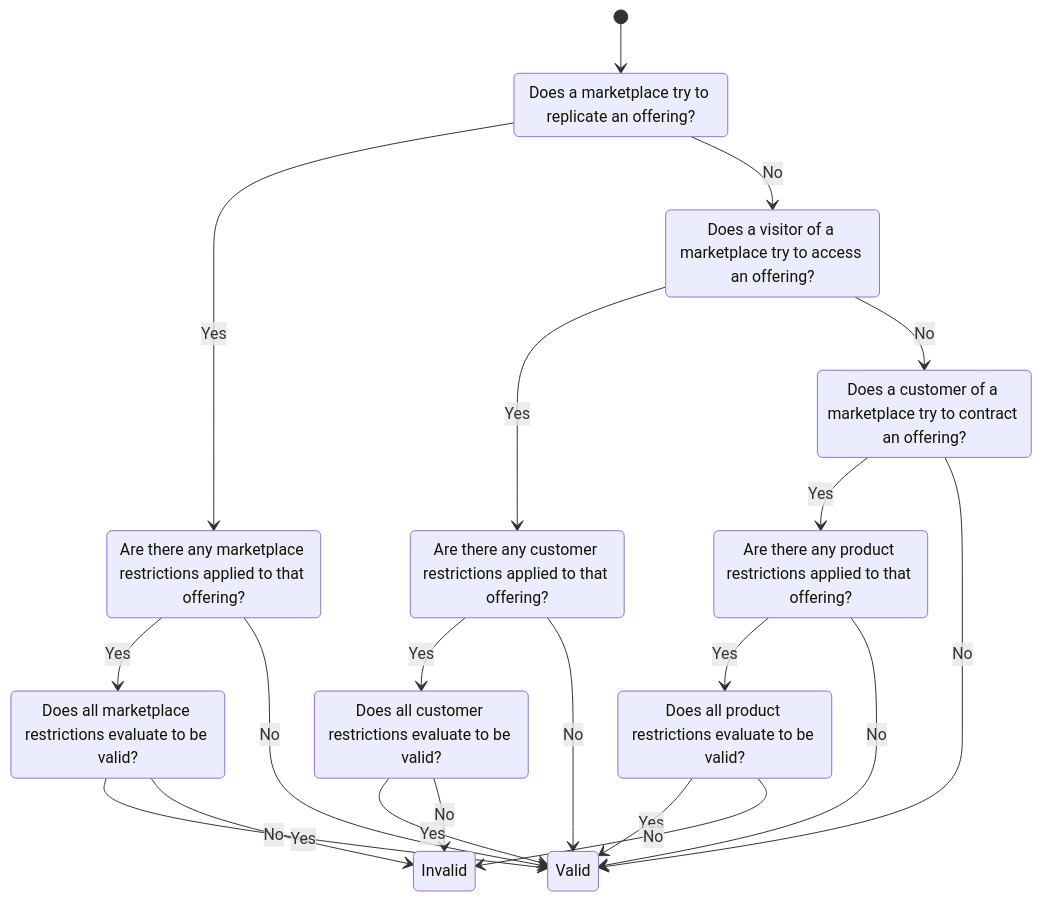
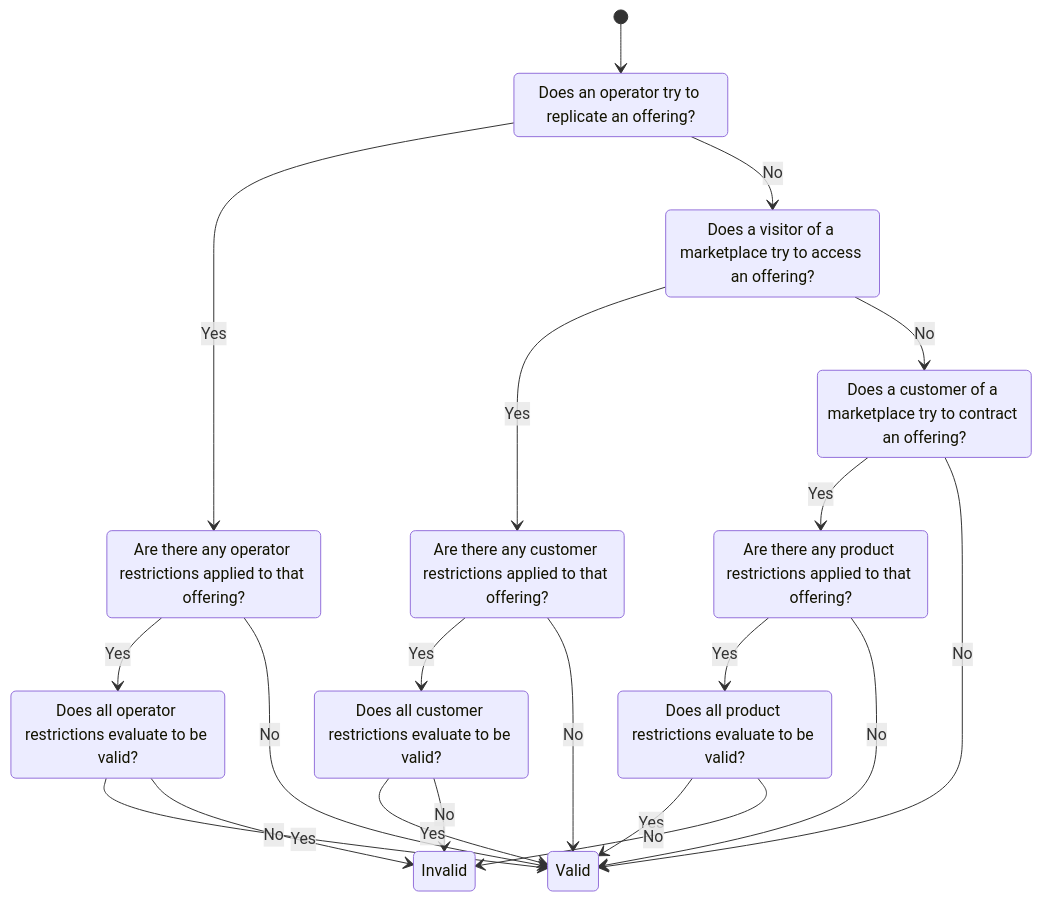
The first of 4 diagrams in docs/policy-evaluation-strategy.md (DOME-Marketplace/dome-odrl-profile), drawn with Mermaid before and after one commit. The commit also changed other lines of this file and 1 other file, not shown here.

Commit message:
fixed some marketplace to operator

````diff
--- a/docs/policy-evaluation-strategy.md
+++ b/docs/policy-evaluation-strategy.md
@@ -19,40 +19,40 @@
 ```mermaid
 stateDiagram-v2
   [*] --> Q1_1
 
-  Q1_1 : Does a marketplace try to replicate an offering?
+  Q1_1 : Does an operator try to replicate an offering?
   Q1_1 --> Q1_2 : Yes
   Q1_1 --> Q2_1 : No
-  Q1_2 : Are there any marketplace restrictions applied to that offering?
+  Q1_2 : Are there any operator restrictions applied to that offering?
   Q1_2 --> Q1_3 : Yes
   Q1_2 --> VALID : No
-  Q1_3 : Does all marketplace restrictions evaluate to be valid?
+  Q1_3 : Does all operator restrictions evaluate to be valid?
   Q1_3 --> VALID : Yes
   Q1_3 --> INVALID : No
 
   Q2_1 : Does a visitor of a marketplace try to access an offering?
   Q2_1 --> Q2_2 : Yes
   Q2_1 --> Q3_1 : No
   Q2_2 : Are there any customer restrictions applied to that offering?
   Q2_2 --> Q2_3 : Yes
   Q2_2 --> VALID : No
   Q2_3 : Does all customer restrictions evaluate to be valid?
   Q2_3 --> VALID : Yes
   Q2_3 --> INVALID : No
 
   Q3_1 : Does a customer of a marketplace try to contract an offering?
   Q3_1 --> Q3_2 : Yes
   Q3_1 --> VALID : No
   Q3_2 : Are there any product restrictions applied to that offering?
   Q3_2 --> Q3_3 : Yes
   Q3_2 --> VALID : No
   Q3_3 : Does all product restrictions evaluate to be valid?
   Q3_3 --> VALID : Yes
   Q3_3 --> INVALID : No
 
   VALID:::FinalEvent : Valid
   INVALID:::ErrorEvent : Invalid
 
   classDef FinalEvent fill:darkgreen,color:white
   classDef ErrorEvent fill:darkred,color:white
 ```
````
